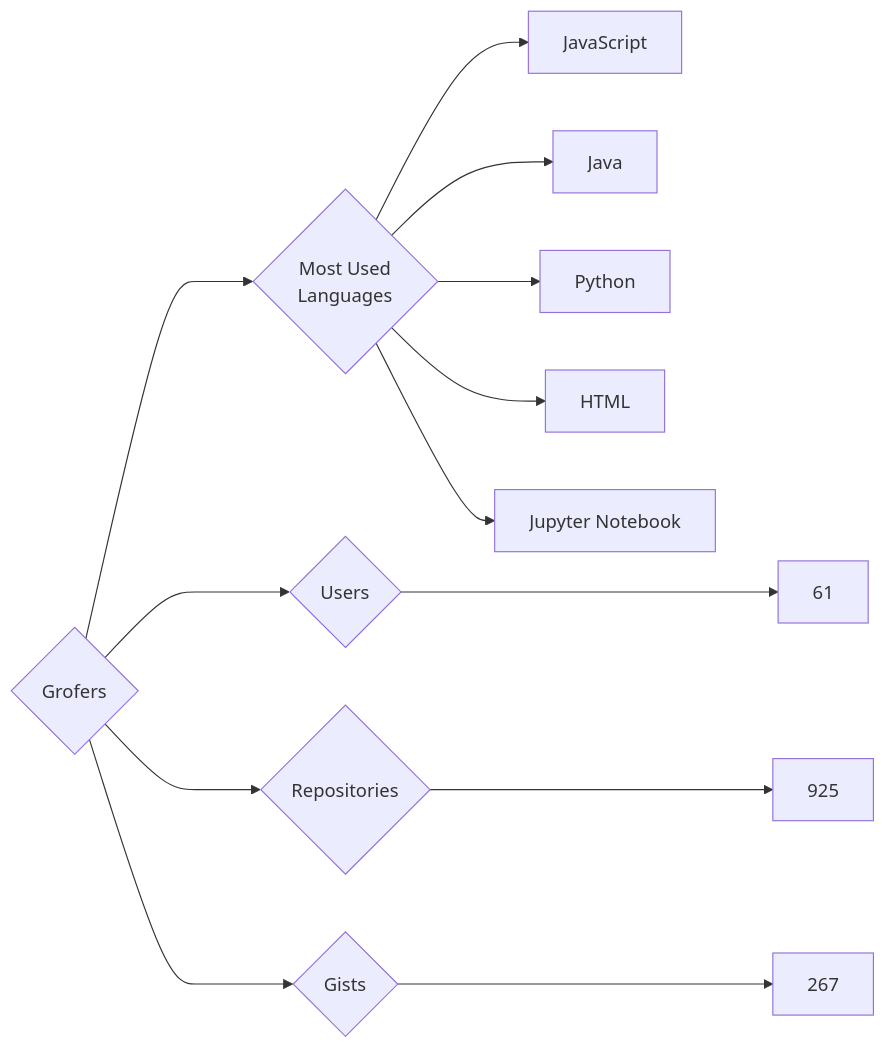
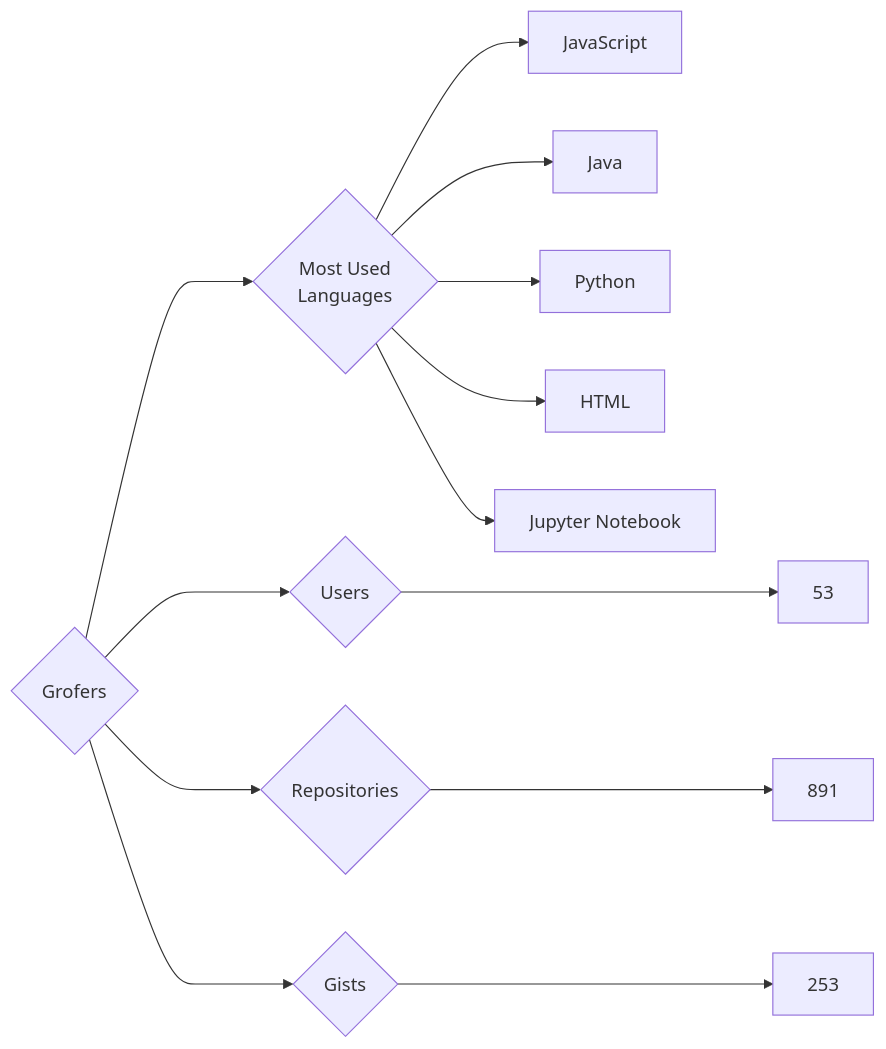
Before and after one commit to trickest/insiders: the diagram in targets/Grofers/README.md, drawn with Mermaid. The commit also changed 882 other files, not shown here.

````diff
--- a/targets/Grofers/README.md
+++ b/targets/Grofers/README.md
@@ -3,13 +3,13 @@
 ```mermaid
 graph LR
 COMPANY_NAME{Grofers}
-COMPANY_NAME ---> U{Users} ---> UN[61]
-COMPANY_NAME ---> R{Repositories} ---> RN[925]
-COMPANY_NAME ---> G{Gists} ---> GN[267]
+COMPANY_NAME ---> U{Users} ---> UN[53]
+COMPANY_NAME ---> R{Repositories} ---> RN[891]
+COMPANY_NAME ---> G{Gists} ---> GN[253]
 COMPANY_NAME ---> ML{Most Used<br>Languages}
 ML --> JavaScript[JavaScript]
 ML --> Java[Java]
 ML --> Python[Python]
 ML --> HTML[HTML]
 ML --> Jupyter_Notebook[Jupyter Notebook]
 ```
````
